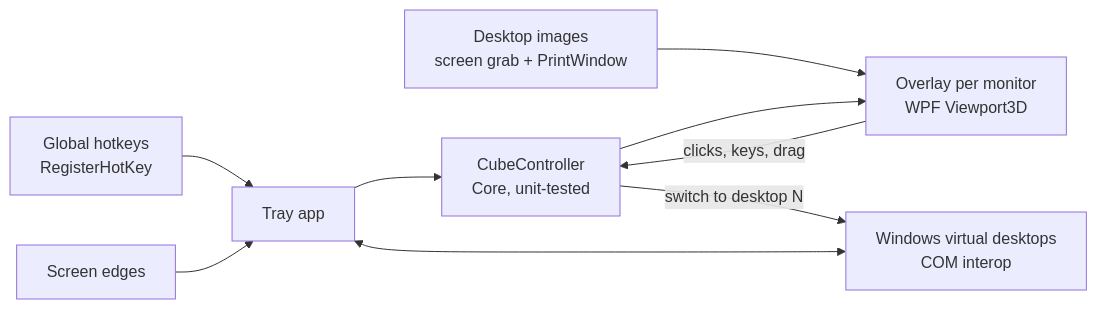
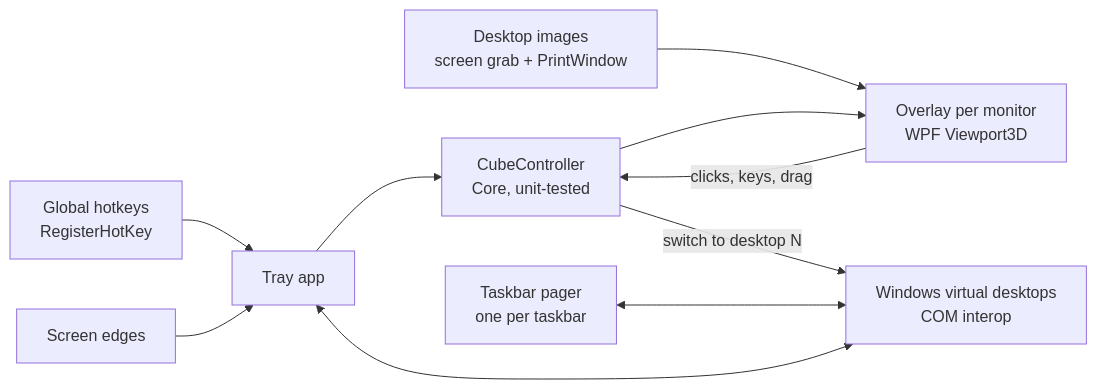
Before and after one commit to baverrr/The-Cube: the diagram in README.md, drawn with Mermaid. The commit also changed other lines of this file and 24 other files, not shown here.

First line of the commit message:
Add taskbar desktop pager and animated-wallpaper faces; fixes from code review

````diff
--- a/README.md
+++ b/README.md
@@ -139,11 +148,12 @@
 ```mermaid
 flowchart LR
     HK[Global hotkeys<br/>RegisterHotKey] --> APP[Tray app]
     EDGE[Screen edges] --> APP
     APP --> CTRL[CubeController<br/>Core, unit-tested]
     VD[Windows virtual desktops<br/>COM interop] <--> APP
     CAP[Desktop images<br/>screen grab + PrintWindow] --> VIEW
     CTRL --> VIEW[Overlay per monitor<br/>WPF Viewport3D]
     VIEW -- clicks, keys, drag --> CTRL
     CTRL -- switch to desktop N --> VD
+    PAGER[Taskbar pager<br/>one per taskbar] <--> VD
 ```
````
